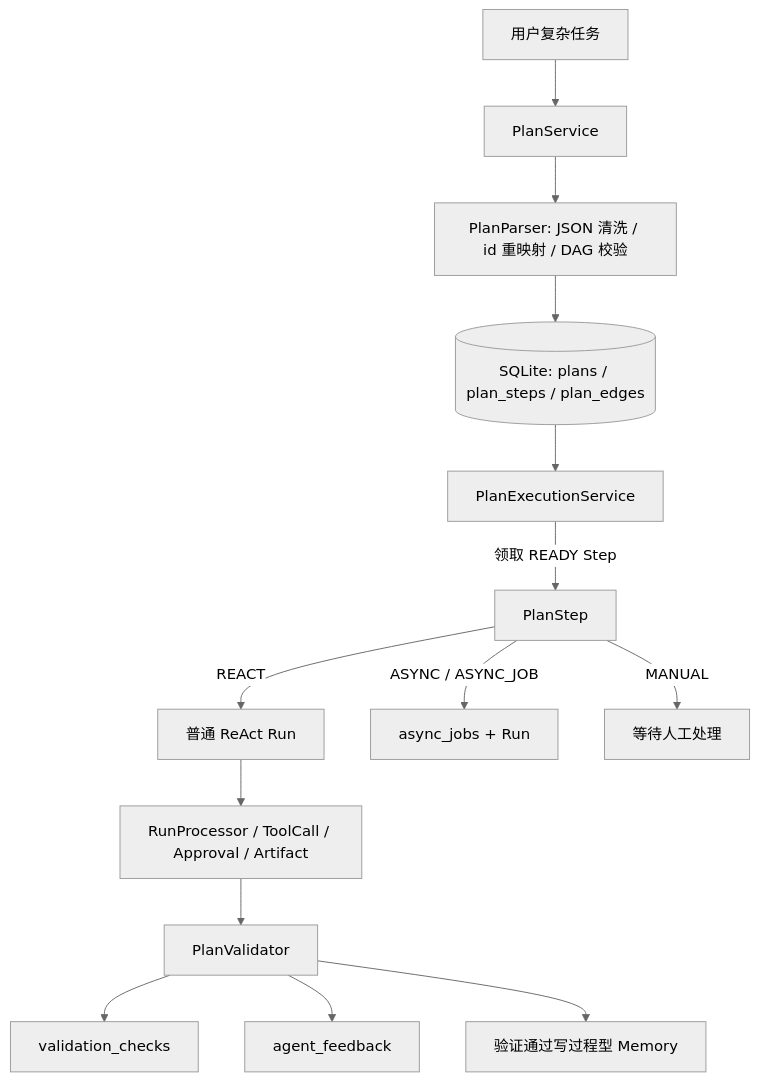
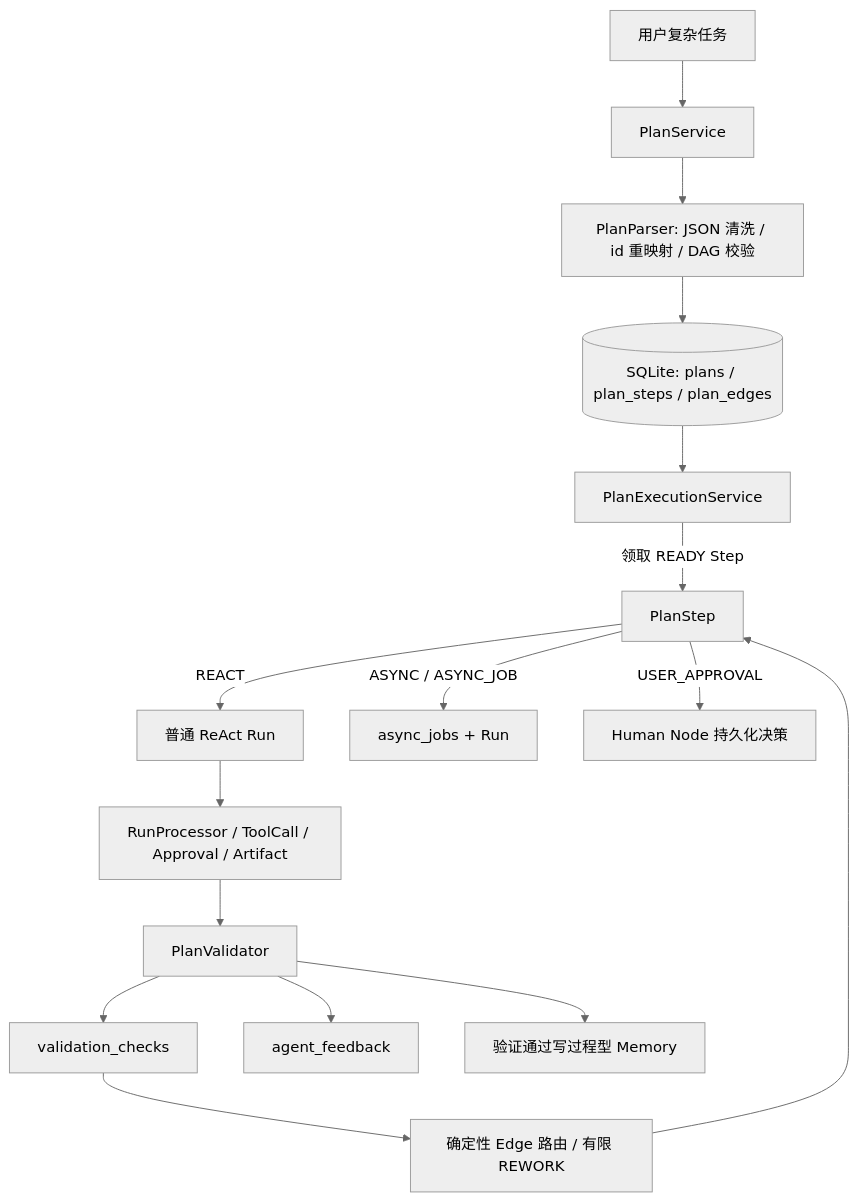
The second of 4 diagrams in PaiCLI Platform Lite 技术架构与面试讲解.md (shangshenglin/paicli-platform-lite), drawn with Mermaid (neutral theme) before and after one commit. The commit also changed other lines of this file and 49 other files, not shown here.

````diff
--- a/PaiCLI Platform Lite 技术架构与面试讲解.md
+++ b/PaiCLI Platform Lite 技术架构与面试讲解.md
@@ -319,16 +321,18 @@
 ```mermaid
 flowchart TD
     U["用户复杂任务"] --> P["PlanService"]
     P --> Parser["PlanParser: JSON 清洗 / id 重映射 / DAG 校验"]
     Parser --> DB[("SQLite: plans / plan_steps / plan_edges")]
     DB --> Exec["PlanExecutionService"]
     Exec -->|"领取 READY Step"| Step["PlanStep"]
     Step -->|"REACT"| Run["普通 ReAct Run"]
     Step -->|"ASYNC / ASYNC_JOB"| Job["async_jobs + Run"]
-    Step -->|"MANUAL"| Manual["等待人工处理"]
+    Step -->|"USER_APPROVAL"| Manual["Human Node 持久化决策"]
+    Checks --> Route["确定性 Edge 路由 / 有限 REWORK"]
+    Route --> Step
     Run --> Runtime["RunProcessor / ToolCall / Approval / Artifact"]
     Runtime --> Validator["PlanValidator"]
     Validator --> Checks["validation_checks"]
     Validator --> Feedback["agent_feedback"]
     Validator --> Memory["验证通过写过程型 Memory"]
 ```
````
